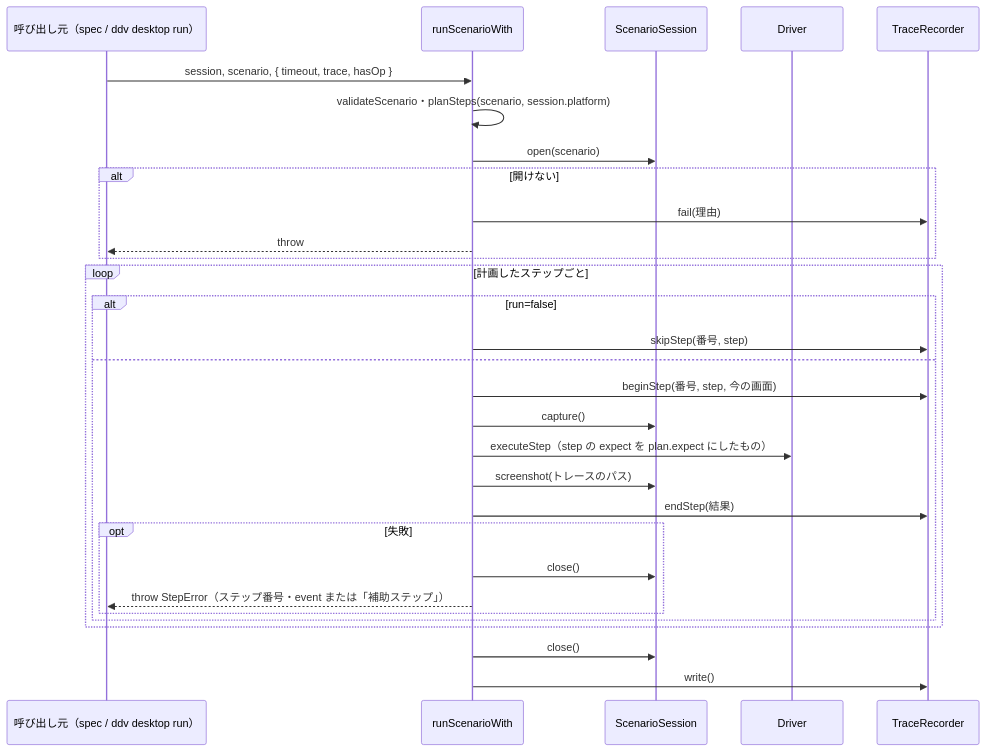
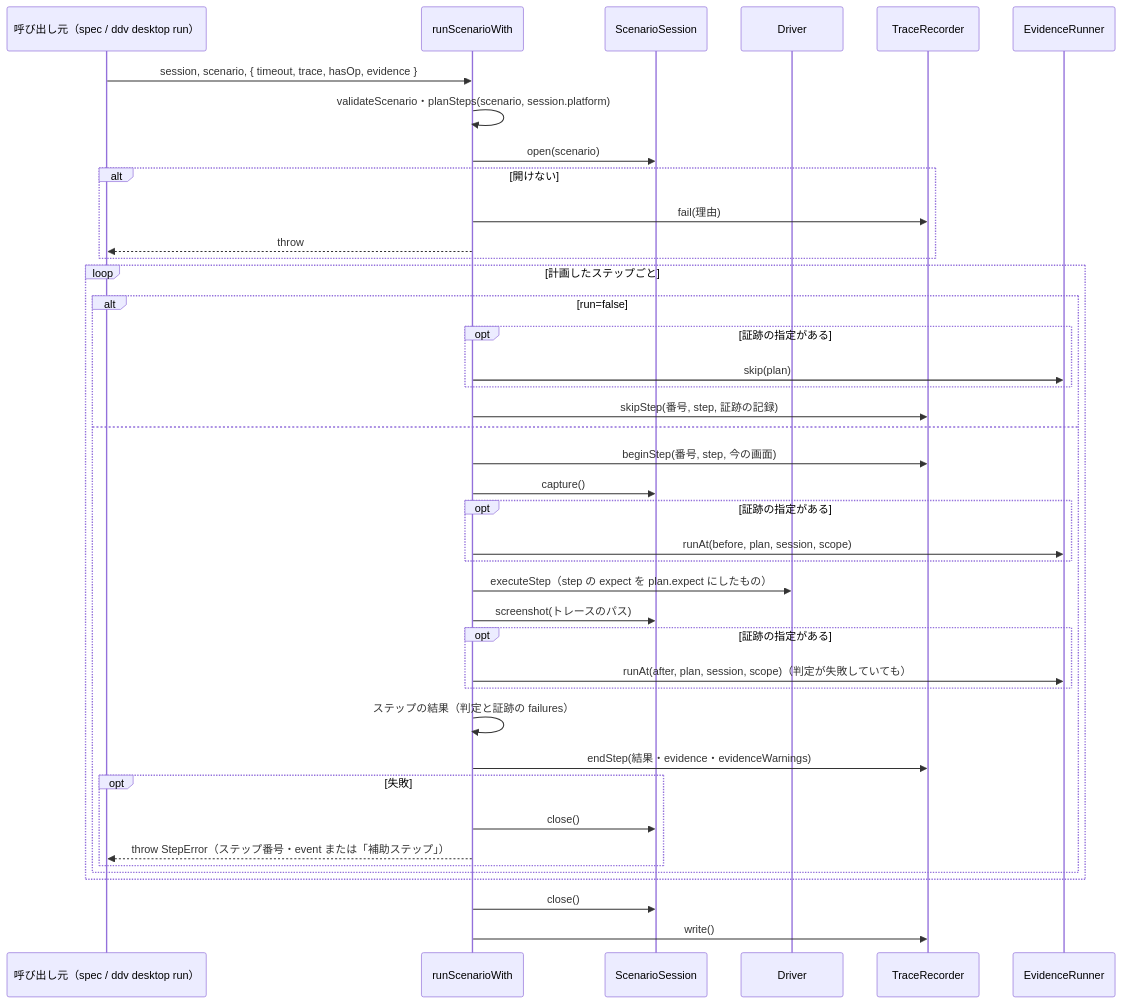
One commit to p-o-ke-nae/design-document changed the fourth of 11 diagrams in docs/design/detailed/desktop-scenario.md. Above: the diagram before and after it, drawn with Mermaid. The commit also changed other lines of this file and 18 other files, not shown here.

````diff
--- a/docs/design/detailed/desktop-scenario.md
+++ b/docs/design/detailed/desktop-scenario.md
@@ -179,32 +187,43 @@
 ```mermaid id=run-seq
 sequenceDiagram
   participant C as 呼び出し元（spec / ddv desktop run）
   participant R as runScenarioWith
   participant S as ScenarioSession
   participant D as Driver
   participant T as TraceRecorder
-  C->>R: session, scenario, { timeout, trace, hasOp }
+  participant E as EvidenceRunner
+  C->>R: session, scenario, { timeout, trace, hasOp, evidence }
   R->>R: validateScenario・planSteps(scenario, session.platform)
   R->>S: open(scenario)
   alt 開けない
     R->>T: fail(理由)
     R-->>C: throw
   end
   loop 計画したステップごと
     alt run=false
-      R->>T: skipStep(番号, step)
+      opt 証跡の指定がある
+        R->>E: skip(plan)
+      end
+      R->>T: skipStep(番号, step, 証跡の記録)
     else
       R->>T: beginStep(番号, step, 今の画面)
       R->>S: capture()
+      opt 証跡の指定がある
+        R->>E: runAt(before, plan, session, scope)
+      end
       R->>D: executeStep（step の expect を plan.expect にしたもの）
       R->>S: screenshot(トレースのパス)
-      R->>T: endStep(結果)
+      opt 証跡の指定がある
+        R->>E: runAt(after, plan, session, scope)（判定が失敗していても）
+      end
+      R->>R: ステップの結果（判定と証跡の failures）
+      R->>T: endStep(結果・evidence・evidenceWarnings)
       opt 失敗
         R->>S: close()
         R-->>C: throw StepError（ステップ番号・event または「補助ステップ」）
       end
     end
   end
   R->>S: close()
   R->>T: write()
 ```
````
